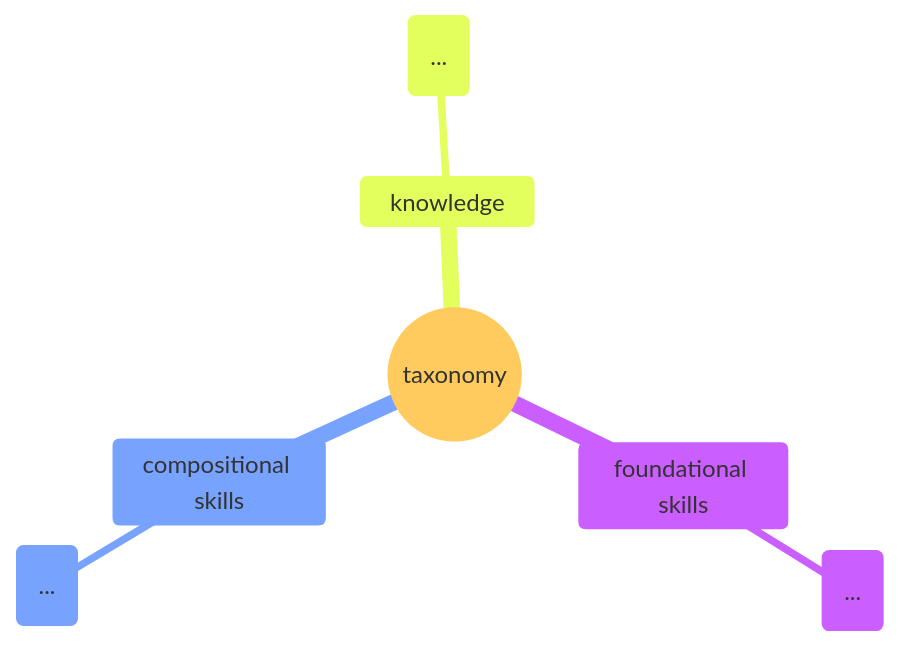
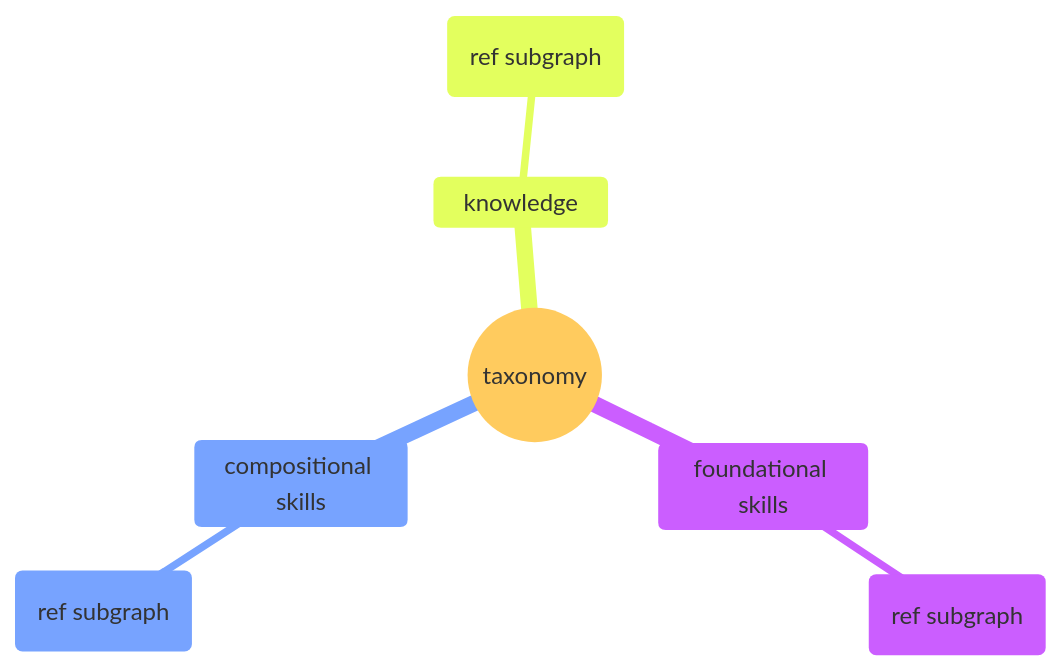
Before and after one commit to nimbinatus/taxonomy: the first of 18 diagrams in docs/full_taxonomy.md, drawn with Mermaid. The commit also changed other lines of this file, not shown here.

````diff
--- a/docs/full_taxonomy.md
+++ b/docs/full_taxonomy.md
@@ -5,17 +5,17 @@
 ```mermaid
 ---
 title: Root Taxonomy
 config:
     theme: base
     mindmap:
         maxNodeWidth: 100
 ---
 mindmap
   root((taxonomy))
     foundational skills
-        id(...)
+        id(ref subgraph)
     compositional skills
-        id(...)
+        id(ref subgraph)
     knowledge
-        id(...)
+        id(ref subgraph)
 ```
````
